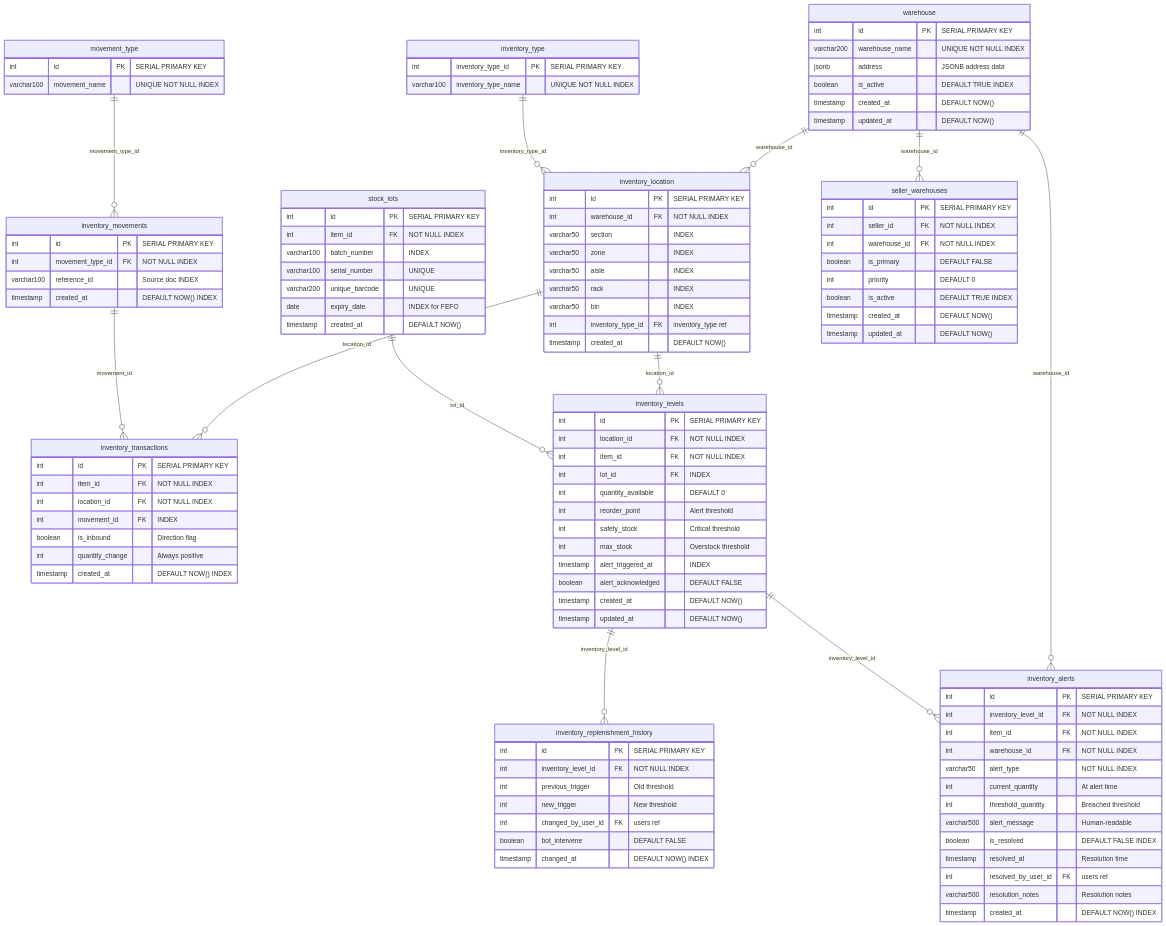
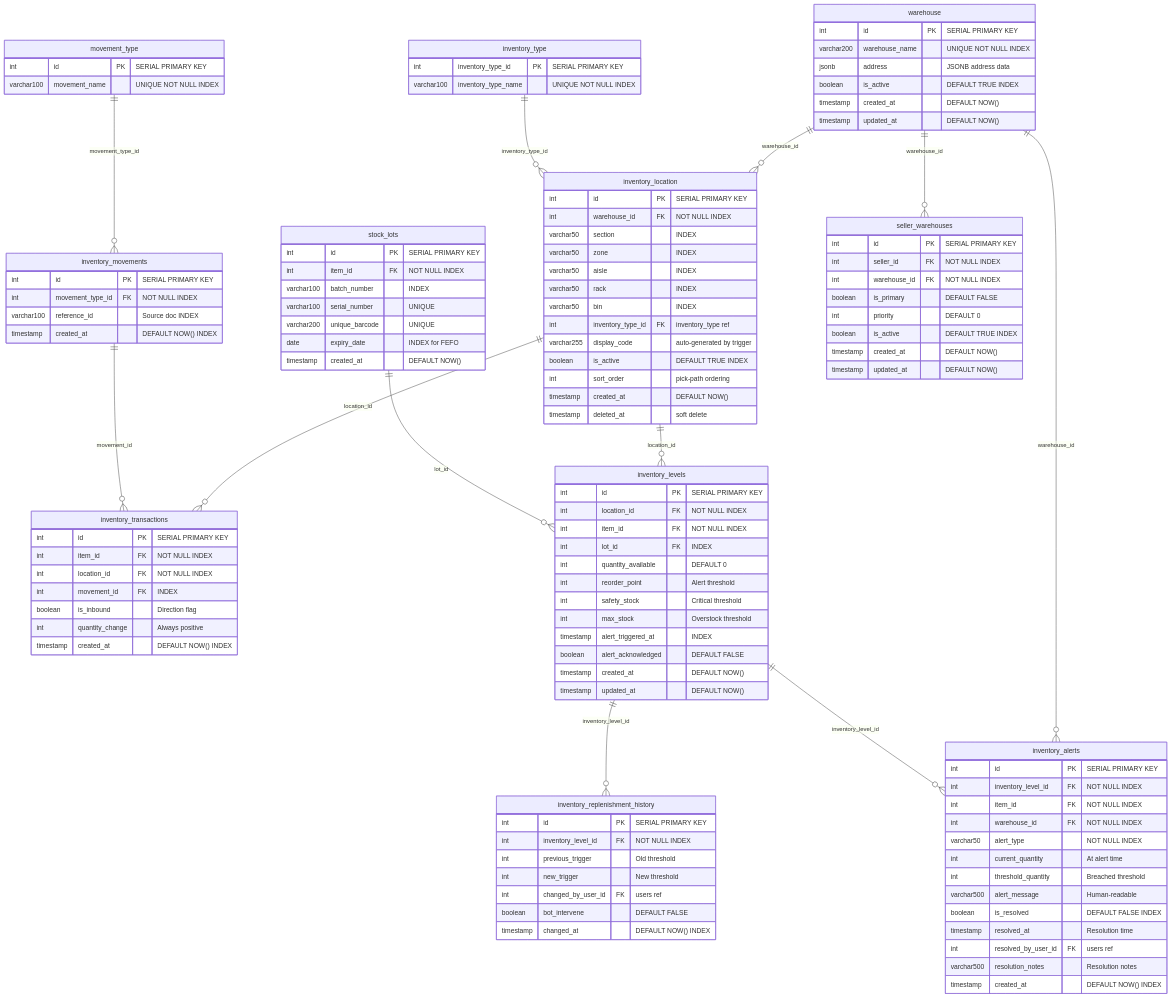
One commit to jtee509/WOMS-FYP2.0 changed the fourth of 7 diagrams in docs/official_documentation/database_structure.md. Above: the diagram before and after it, drawn with Mermaid. The commit also changed other lines of this file and 117 other files, not shown here.

```diff
--- a/docs/official_documentation/database_structure.md
+++ b/docs/official_documentation/database_structure.md
@@ -1130,7 +1139,11 @@
         varchar50 rack "INDEX"
         varchar50 bin "INDEX"
         int inventory_type_id FK "inventory_type ref"
+        varchar255 display_code "auto-generated by trigger"
+        boolean is_active "DEFAULT TRUE INDEX"
+        int sort_order "pick-path ordering"
         timestamp created_at "DEFAULT NOW()"
+        timestamp deleted_at "soft delete"
     }
     
     movement_type {
```
